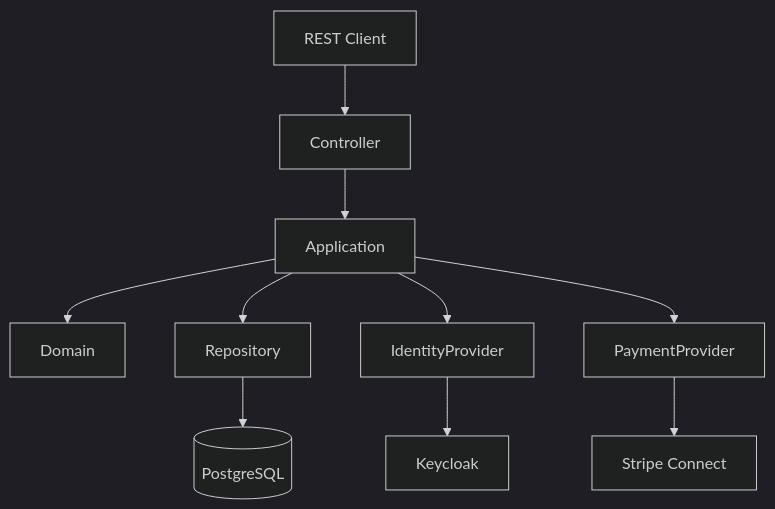
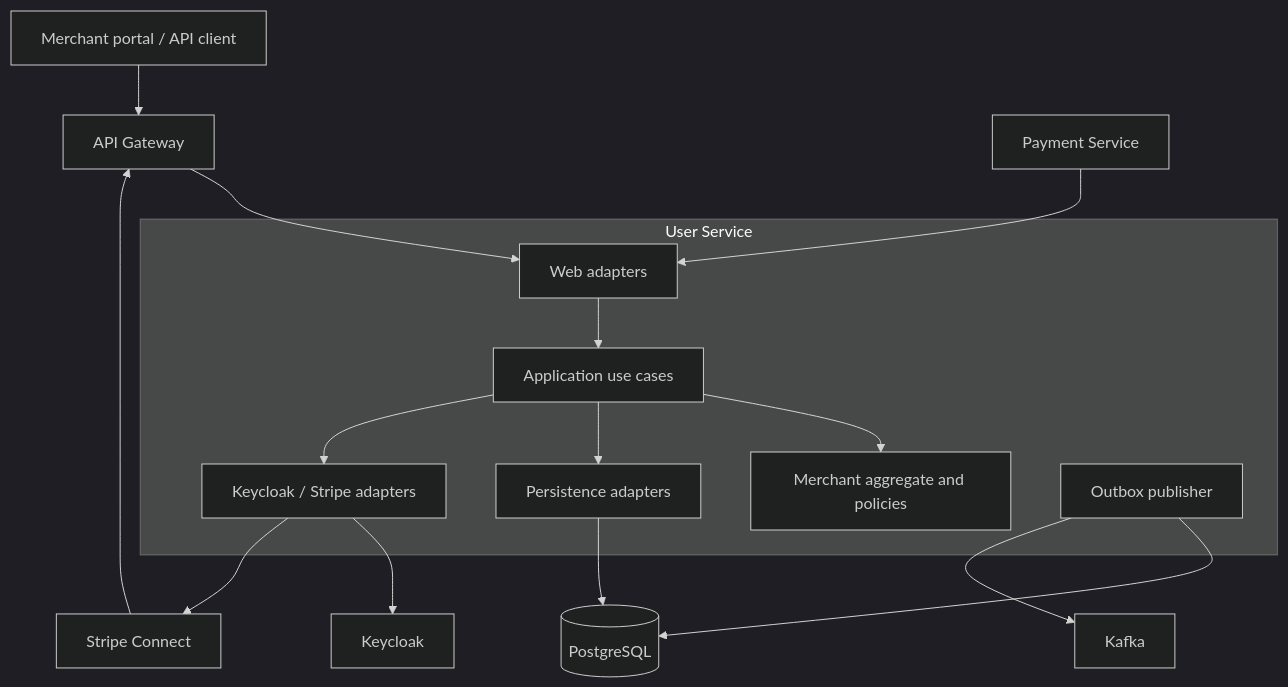
The diagram in docs/architecture/user-service/application-architecture.md (craftsman-arch/payguard), drawn with Mermaid (dark theme) before and after one commit. The commit also changed other lines of this file and 4 other files, not shown here.

Commit message:
docs(user-service): align architecture with merchant readiness flow

````diff
--- a/docs/architecture/user-service/application-architecture.md
+++ b/docs/architecture/user-service/application-architecture.md
@@ -7,23 +21,34 @@
 ```mermaid
 flowchart TB
+    Client["Merchant portal / API client"]
+    Gateway["API Gateway"]
+    Stripe["Stripe Connect"]
+    Keycloak["Keycloak"]
+    Kafka["Kafka"]
+    PaymentService["Payment Service"]
 
-Client["REST Client"]
+    subgraph UserService["User Service"]
+        Web["Web adapters"]
+        Application["Application use cases"]
+        Domain["Merchant aggregate and policies"]
+        Persistence["Persistence adapters"]
+        ProviderAdapters["Keycloak / Stripe adapters"]
+        OutboxPublisher["Outbox publisher"]
+    end
 
-Client --> Controller
+    PostgreSQL[("PostgreSQL")]
 
-Controller --> Application
-
-Application --> Domain
-
-Application --> Repository
-
-Application --> IdentityProvider
-
-Application --> PaymentProvider
-
-Repository --> PostgreSQL[(PostgreSQL)]
-
-IdentityProvider --> Keycloak[Keycloak]
-
-PaymentProvider --> Stripe[Stripe Connect]
+    Client --> Gateway
+    Gateway --> Web
+    Stripe --> Gateway
+    Web --> Application
+    Application --> Domain
+    Application --> Persistence
+    Application --> ProviderAdapters
+    Persistence --> PostgreSQL
+    ProviderAdapters --> Keycloak
+    ProviderAdapters --> Stripe
+    OutboxPublisher --> PostgreSQL
+    OutboxPublisher --> Kafka
+    PaymentService --> Web
 ```
````
